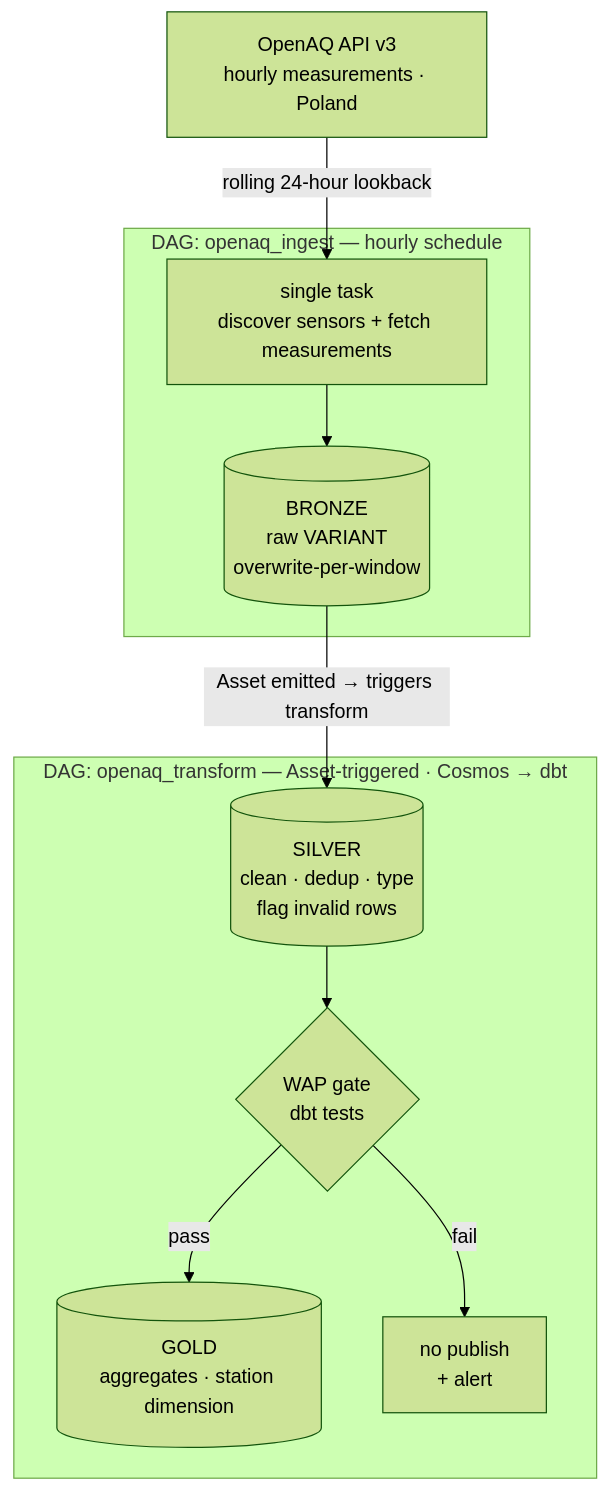
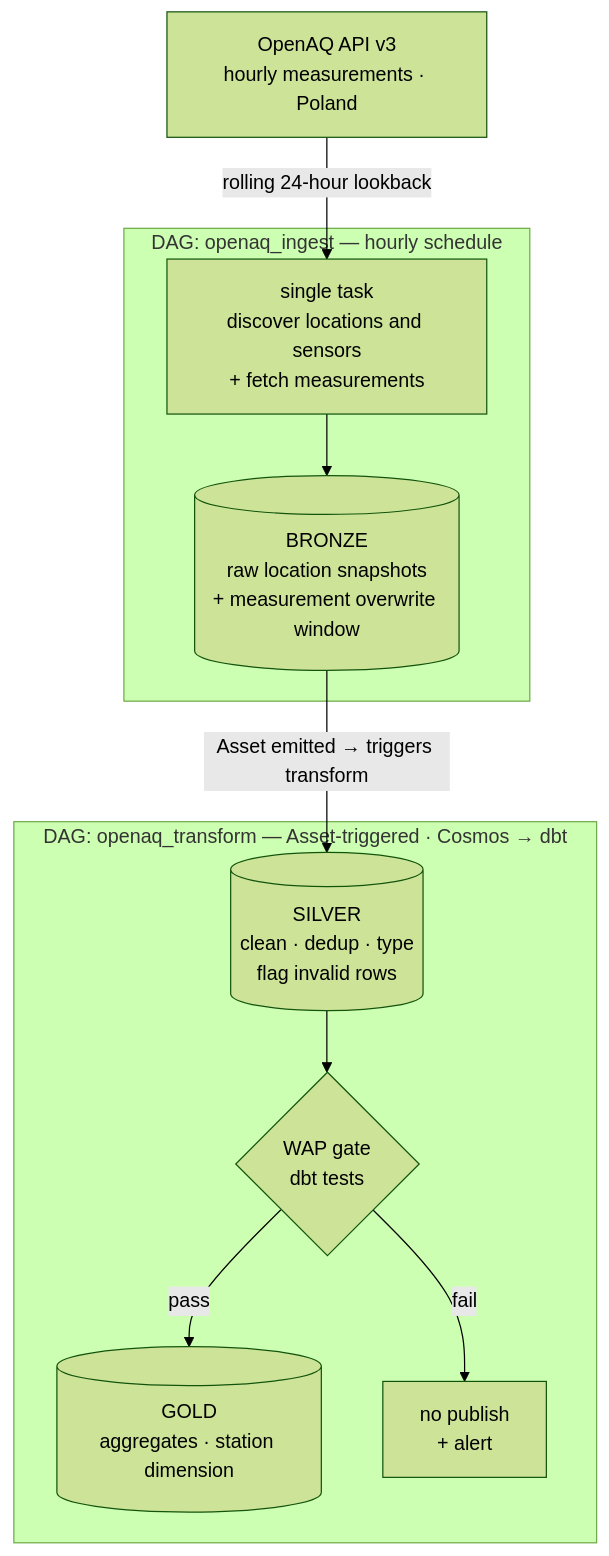
The diagram in README.md (klaudiawolinska/airflow-openaq-medallion), drawn with Mermaid (forest theme) before and after one commit. The commit also changed other lines of this file and 15 other files, not shown here.

Commit message:
feat: persist bronze location snapshots (#14)

````diff
--- a/README.md
+++ b/README.md
@@ -23,22 +23,22 @@
 ```mermaid
 flowchart TD
     API["OpenAQ API v3<br/>hourly measurements · Poland"]
 
     subgraph ingest["DAG: openaq_ingest — hourly schedule"]
-        INGEST["single task<br/>discover sensors + fetch measurements"]
-        BRONZE[("BRONZE<br/>raw VARIANT<br/>overwrite-per-window")]
+        INGEST["single task<br/>discover locations and sensors<br/>+ fetch measurements"]
+        BRONZE[("BRONZE<br/>raw location snapshots<br/>+ measurement overwrite window")]
         INGEST --> BRONZE
     end
 
     subgraph transform["DAG: openaq_transform — Asset-triggered · Cosmos → dbt"]
         SILVER[("SILVER<br/>clean · dedup · type<br/>flag invalid rows")]
         GATE{"WAP gate<br/>dbt tests"}
         GOLD[("GOLD<br/>aggregates · station dimension")]
         SILVER --> GATE
         GATE -->|pass| GOLD
         GATE -->|fail| STOP["no publish<br/>+ alert"]
     end
 
     API -->|rolling 24-hour lookback| INGEST
     BRONZE -->|Asset emitted → triggers transform| SILVER
 ```
````
